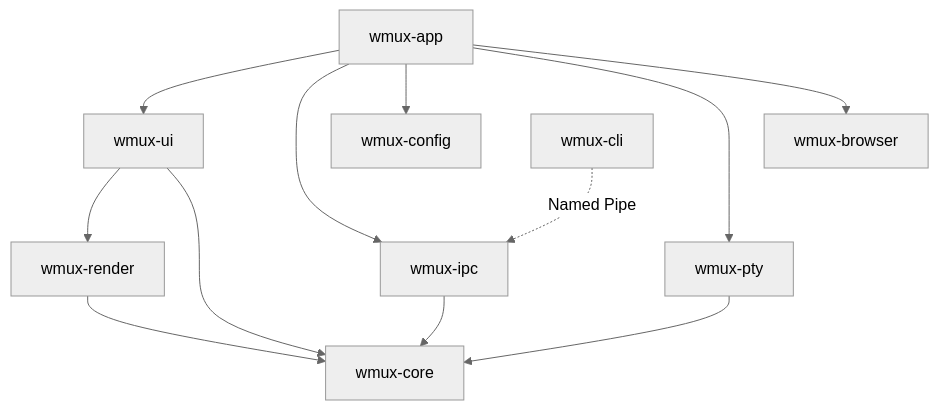
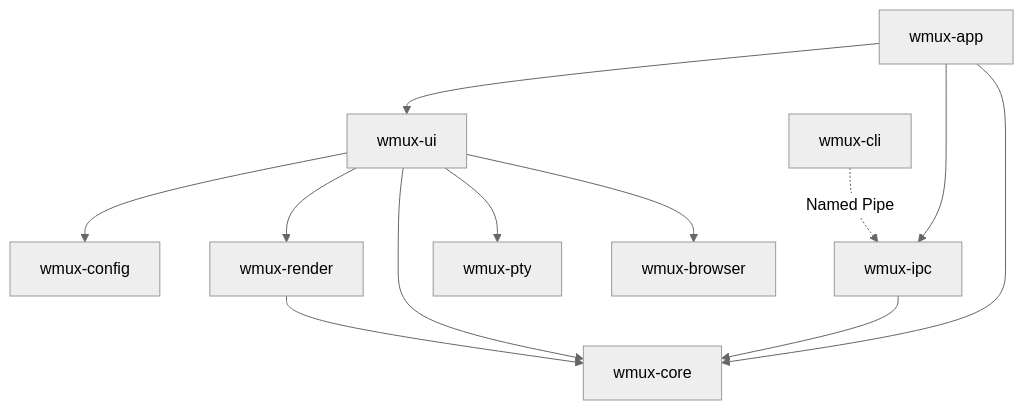
One commit to Kazsuto/wmux changed the diagram in README.md. Above: the diagram before and after it, drawn with Mermaid (neutral theme). The commit also changed other lines of this file and 34 other files, not shown here.

````diff
--- a/README.md
+++ b/README.md
@@ -117,14 +122,14 @@
 ```mermaid
 graph TD
     A[wmux-app] --> B[wmux-ui]
     A --> C[wmux-ipc]
-    A --> D[wmux-config]
+    A --> F[wmux-core]
+    B --> D[wmux-config]
     B --> E[wmux-render]
-    B --> F[wmux-core]
+    B --> F
+    B --> G[wmux-pty]
+    B --> H[wmux-browser]
     C --> F
     E --> F
-    A --> G[wmux-pty]
-    A --> H[wmux-browser]
-    G --> F
     I[wmux-cli] -.->|Named Pipe| C
 ```
````
